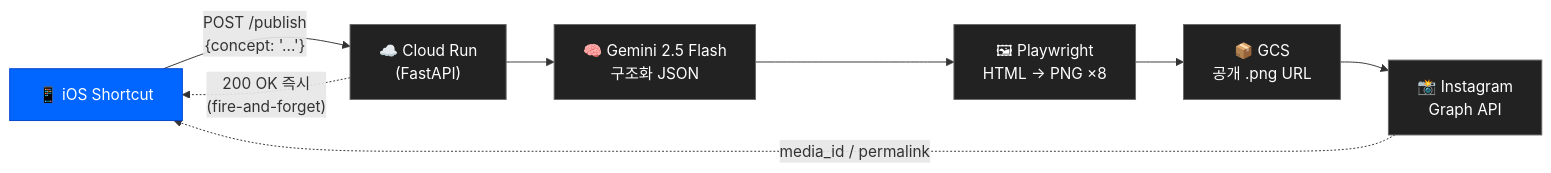
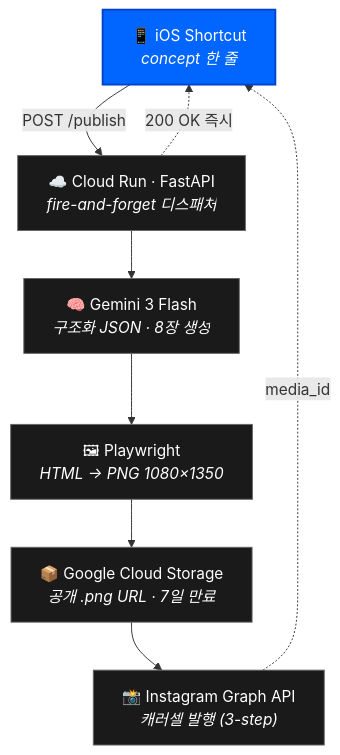
The diagram in README.md (SheepJH/concept_archive), drawn with Mermaid before and after one commit. The commit also changed other lines of this file and 4 other files, not shown here.

````diff
--- a/README.md
+++ b/README.md
@@ -24,15 +15,19 @@
 ```mermaid
-flowchart LR
-    A["📱 iOS Shortcut"] -->|"POST /publish<br/>{concept: '...'}"| B["☁️ Cloud Run<br/>(FastAPI)"]
-    B -.->|"200 OK 즉시<br/>(fire-and-forget)"| A
-    B --> C["🧠 Gemini 2.5 Flash<br/>구조화 JSON"]
-    C --> D["🖼 Playwright<br/>HTML → PNG ×8"]
-    D --> E["📦 GCS<br/>공개 .png URL"]
-    E --> F["📸 Instagram<br/>Graph API"]
-    F -.->|"media_id / permalink"| A
+flowchart TD
+    A["📱 iOS Shortcut<br/><i>concept 한 줄</i>"]
+    B["☁️ Cloud Run · FastAPI<br/><i>fire-and-forget 디스패처</i>"]
+    C["🧠 Gemini 3 Flash<br/><i>구조화 JSON · 8장 생성</i>"]
+    D["🖼 Playwright<br/><i>HTML → PNG 1080×1350</i>"]
+    E["📦 Google Cloud Storage<br/><i>공개 .png URL · 7일 만료</i>"]
+    F["📸 Instagram Graph API<br/><i>캐러셀 발행 (3-step)</i>"]
 
-    classDef client fill:#0066FF,stroke:#0044cc,color:#fff
-    classDef server fill:#222,stroke:#666,color:#fff
+    A -->|"POST /publish"| B
+    B -.->|"200 OK 즉시"| A
+    B --> C --> D --> E --> F
+    F -.->|"media_id"| A
+
+    classDef client fill:#0066FF,stroke:#0044cc,color:#fff,stroke-width:2px
+    classDef server fill:#1a1a1a,stroke:#666,color:#fff
     class A client
     class B,C,D,E,F server
 ```
````
